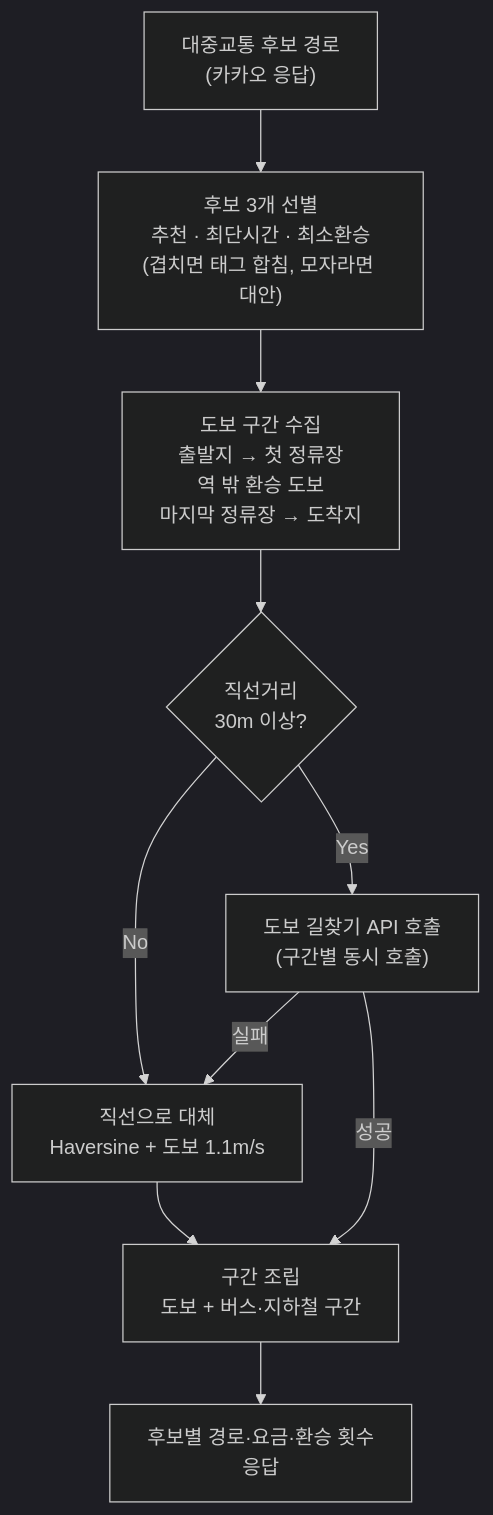
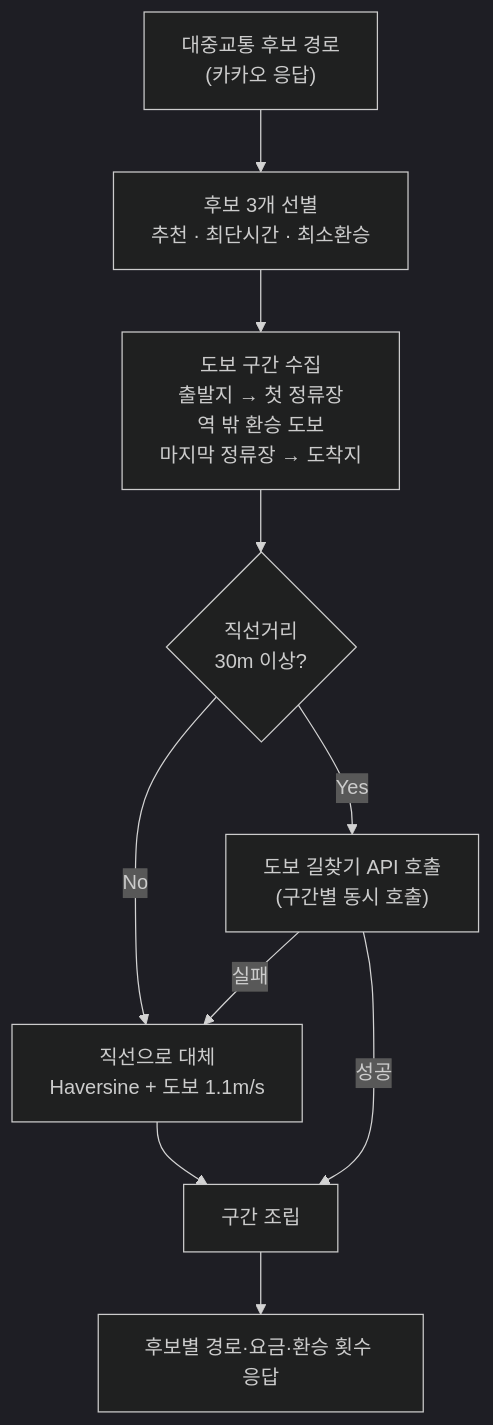
The first of 3 diagrams in README.md (VITA-500/Vita-BE), drawn with Mermaid (dark theme) before and after one commit. The commit also changed other lines of this file, not shown here.

````diff
--- a/README.md
+++ b/README.md
@@ -242,12 +215,12 @@
 ```mermaid
 flowchart TD
-    A["대중교통 후보 경로<br/>(카카오 응답)"] --> B["후보 3개 선별<br/>추천 · 최단시간 · 최소환승<br/>(겹치면 태그 합침, 모자라면 대안)"]
+    A["대중교통 후보 경로<br/>(카카오 응답)"] --> B["후보 3개 선별<br/>추천 · 최단시간 · 최소환승"]
     B --> C["도보 구간 수집<br/>출발지 → 첫 정류장<br/>역 밖 환승 도보<br/>마지막 정류장 → 도착지"]
     C --> D{"직선거리<br/>30m 이상?"}
     D -->|No| E["직선으로 대체<br/>Haversine + 도보 1.1m/s"]
     D -->|Yes| F["도보 길찾기 API 호출<br/>(구간별 동시 호출)"]
     F -->|실패| E
-    E --> G["구간 조립<br/>도보 + 버스·지하철 구간"]
+    E --> G["구간 조립"]
     F -->|성공| G
-    G --> H["후보별 경로·요금·환승 횟수<br/>응답"]
+    G --> H["후보별 경로·요금·환승 횟수 응답"]
 ```
````
